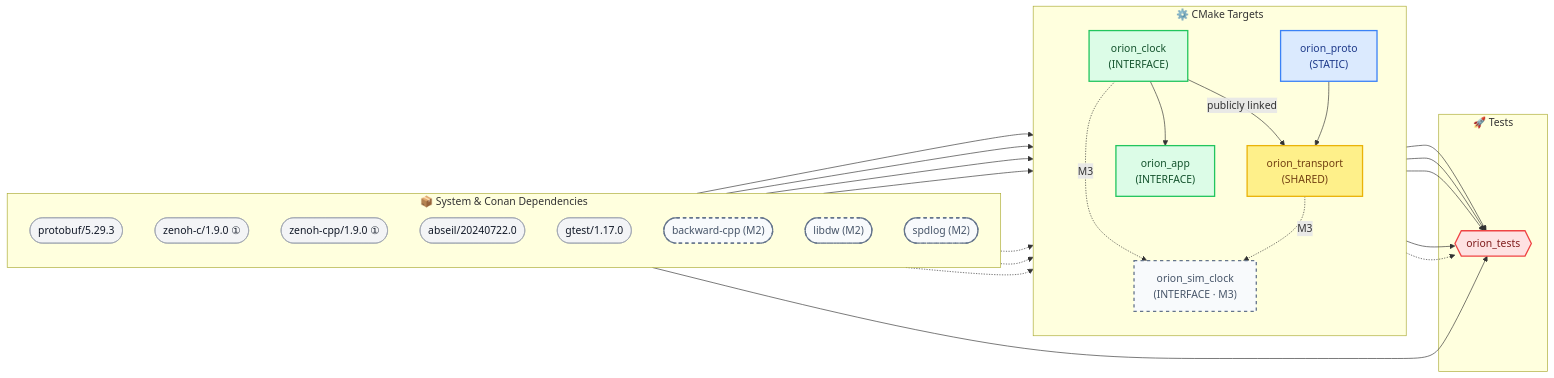
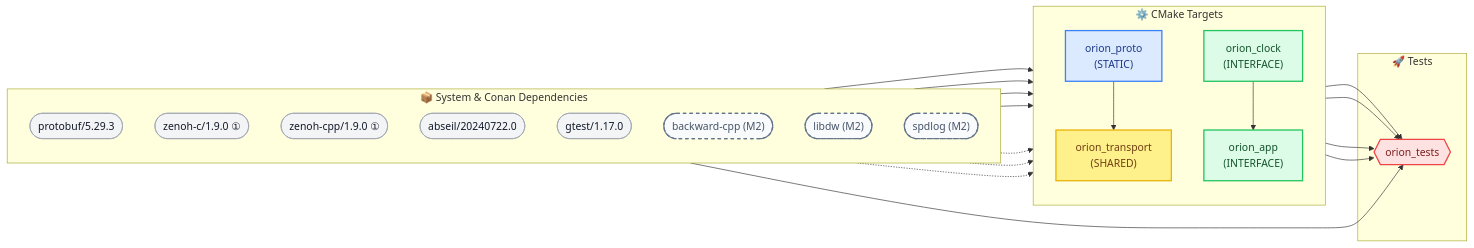
The diagram in docs/architecture.md (Unmanned-Constellation/orion), drawn with Mermaid before and after one commit. The commit also changed other lines of this file and 18 other files, not shown here.

First line of the commit message:
feat(clock,transport): SimClock, CoordinatedClock stub, decouple clock from transport

````diff
--- a/docs/architecture.md
+++ b/docs/architecture.md
@@ -9,62 +9,56 @@
 ```{mermaid}
 flowchart LR
     %% Semantic Style Definitions
     classDef external   fill:#f3f4f6,stroke:#9ca3af,stroke-width:1px,color:#111827
     classDef interface  fill:#dcfce7,stroke:#22c55e,stroke-width:2px,color:#14532d
     classDef staticLib  fill:#dbeafe,stroke:#3b82f6,stroke-width:2px,color:#1e3a8a
     classDef sharedLib  fill:#fef08a,stroke:#eab308,stroke-width:2px,color:#713f12
     classDef executable fill:#fee2e2,stroke:#ef4444,stroke-width:2px,color:#7f1d1d
     classDef planned    fill:#f8fafc,stroke:#64748b,stroke-width:2px,stroke-dasharray: 5 5,color:#475569
 
     subgraph External ["📦 System & Conan Dependencies"]
         direction TB
         protobuf(["protobuf/5.29.3"]):::external
         zenohc(["zenoh-c/1.9.0 ①"]):::external
         zenohcpp(["zenoh-cpp/1.9.0 ①"]):::external
         abseil(["abseil/20240722.0"]):::external
         gtest(["gtest/1.17.0"]):::external
 
         backwardcpp(["backward-cpp (M2)"]):::planned
         libdw(["libdw (M2)"]):::planned
         spdlog(["spdlog (M2)"]):::planned
     end
 
     subgraph Modules ["⚙️ CMake Targets"]
         direction TB
         orion_clock["orion_clock<br/>(INTERFACE)"]:::interface
         orion_proto["orion_proto<br/>(STATIC)"]:::staticLib
         orion_app["orion_app<br/>(INTERFACE)"]:::interface
         orion_transport["orion_transport<br/>(SHARED)"]:::sharedLib
-        orion_sim_clock["orion_sim_clock<br/>(INTERFACE · M3)"]:::planned
     end
 
     subgraph Executables ["🚀 Tests"]
         orion_tests{{"orion_tests"}}:::executable
     end
 
     %% External to Module Edges
     protobuf    --> orion_proto
     abseil      --> orion_proto
     zenohc      --> orion_transport
     zenohcpp    --> orion_transport
 
     backwardcpp -.-> orion_app
     libdw       -.-> orion_app
     spdlog      -.-> orion_app
 
     %% Internal Module Edges
-    orion_clock -->|publicly linked| orion_transport
+    orion_proto --> orion_transport
     orion_clock --> orion_app
-    orion_proto --> orion_transport
-
-    orion_clock     -. M3 .-> orion_sim_clock
-    orion_transport -. M3 .-> orion_sim_clock
 
     %% Executable Edges
     orion_clock     --> orion_tests
     orion_app       --> orion_tests
     orion_transport --> orion_tests
     orion_proto     --> orion_tests
-    orion_sim_clock -.-> orion_tests
     gtest           --> orion_tests
 ```
````
